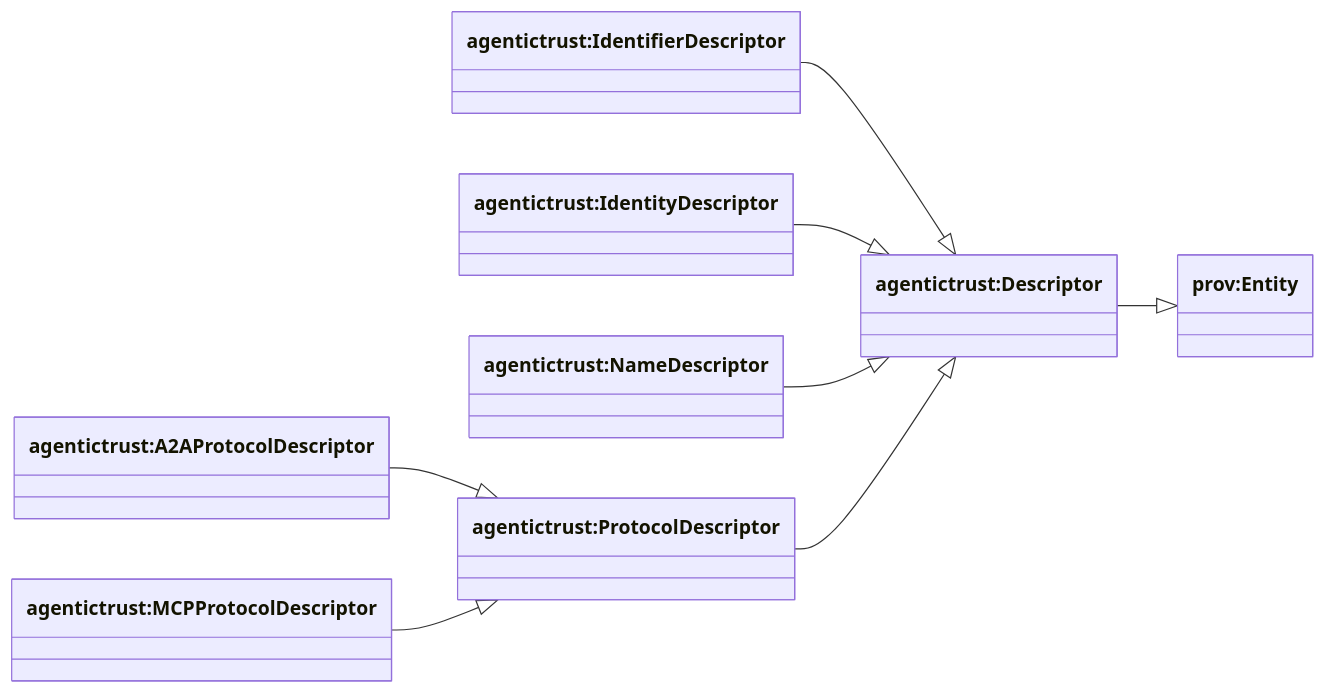
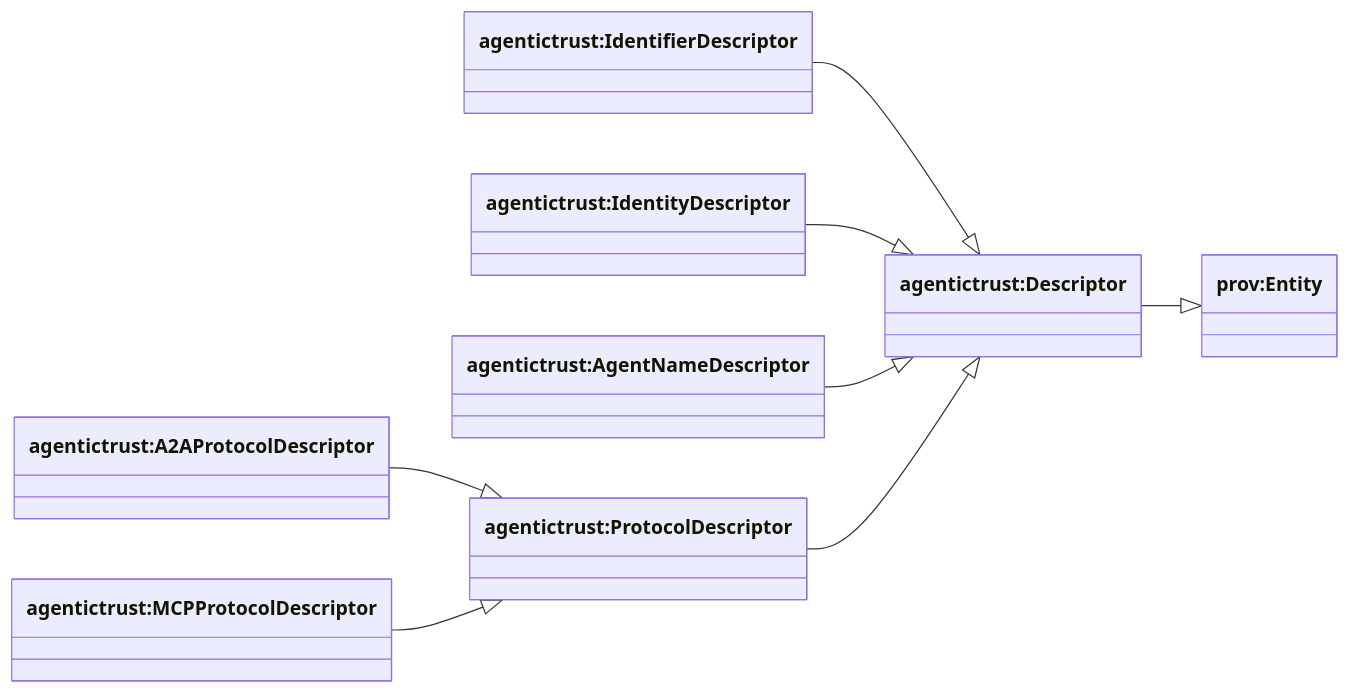
One commit to Agentic-Trust-Layer/agent-explorer changed the first of 5 diagrams in docs/ontology/descriptor.md. Above: the diagram before and after it, drawn with Mermaid. The commit also changed other lines of this file and 10 other files, not shown here.

Commit message:
update adding agent to front of Identity and Name

````diff
--- a/docs/ontology/descriptor.md
+++ b/docs/ontology/descriptor.md
@@ -9,22 +9,22 @@
 ```mermaid
 classDiagram
 direction LR
 
 class provEntity["prov:Entity"]
 
 class Descriptor["agentictrust:Descriptor"]
 class IdentifierDescriptor["agentictrust:IdentifierDescriptor"]
 class IdentityDescriptor["agentictrust:IdentityDescriptor"]
-class NameDescriptor["agentictrust:NameDescriptor"]
+class AgentNameDescriptor["agentictrust:AgentNameDescriptor"]
 class ProtocolDescriptor["agentictrust:ProtocolDescriptor"]
 class A2AProtocolDescriptor["agentictrust:A2AProtocolDescriptor"]
 class MCPProtocolDescriptor["agentictrust:MCPProtocolDescriptor"]
 
 Descriptor --|> provEntity
 IdentifierDescriptor --|> Descriptor
 IdentityDescriptor --|> Descriptor
-NameDescriptor --|> Descriptor
+AgentNameDescriptor --|> Descriptor
 ProtocolDescriptor --|> Descriptor
 A2AProtocolDescriptor --|> ProtocolDescriptor
 MCPProtocolDescriptor --|> ProtocolDescriptor
 ```
````
